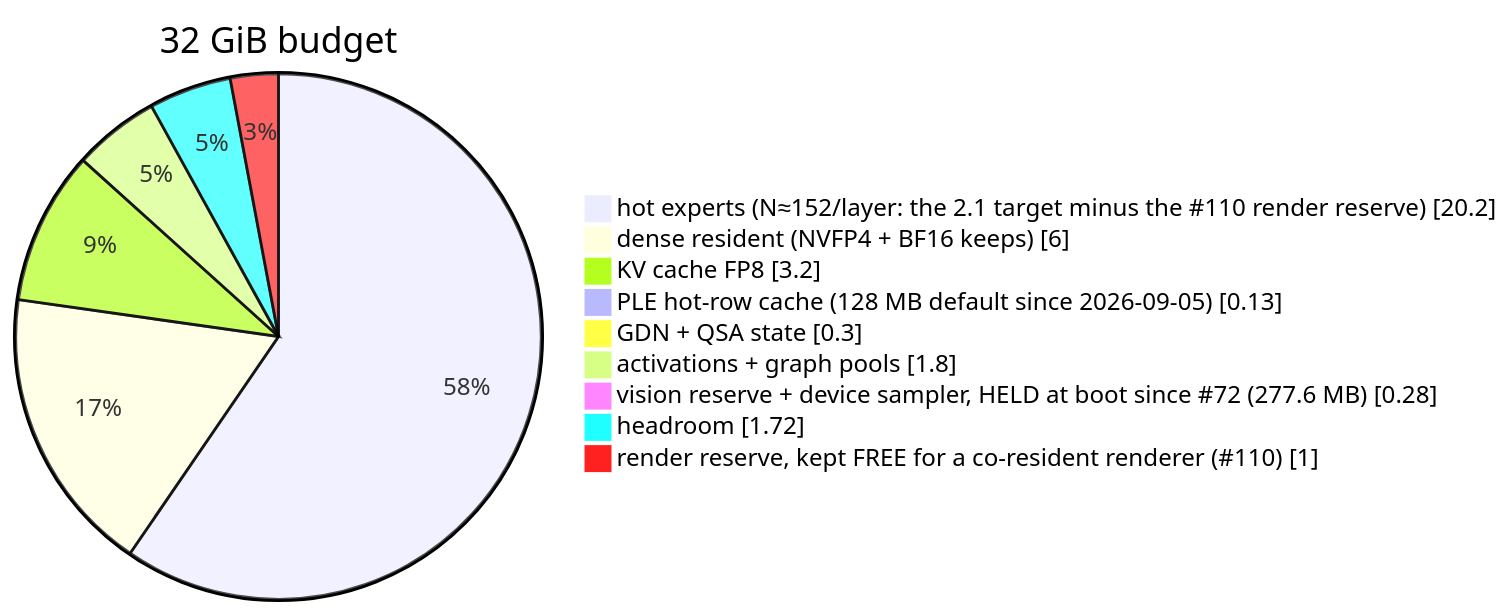
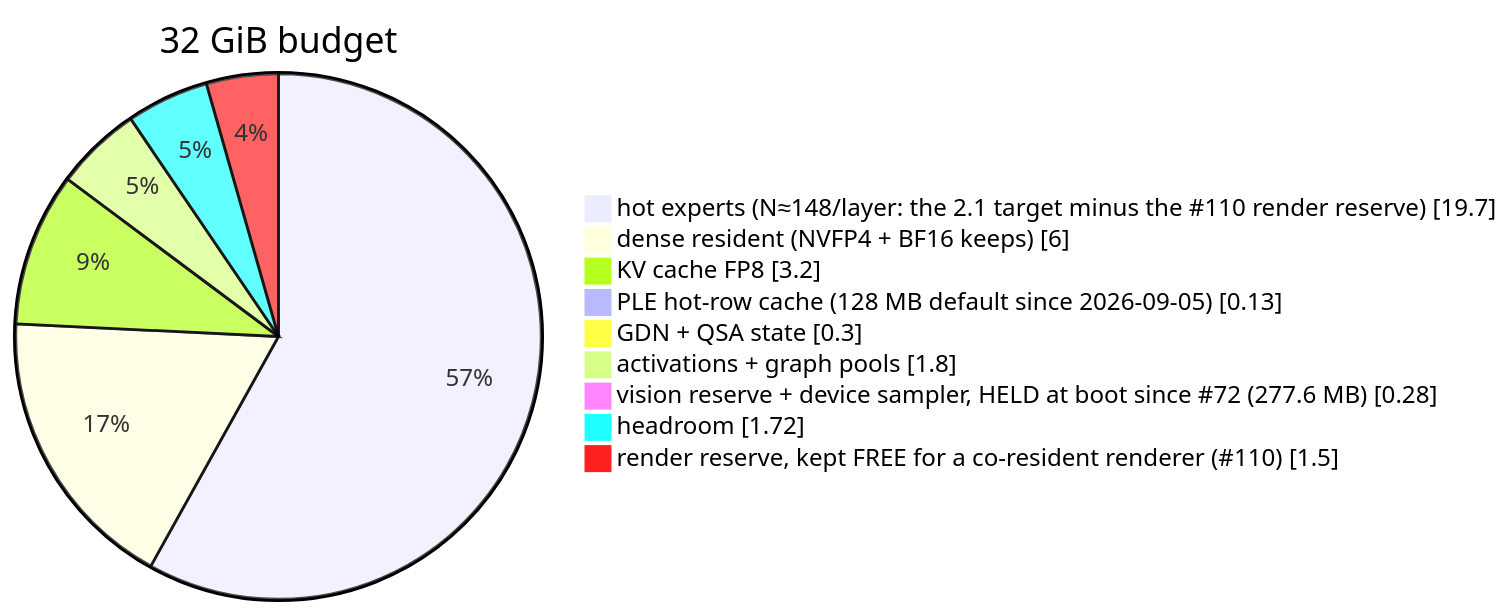
The third of 8 diagrams in docs/diagrams.md (nibor1896/crow-nest), drawn with Mermaid before and after one commit. The commit also changed other lines of this file and 8 other files, not shown here.

First line of the commit message:
#110: raise the render reserve default from 1024 to 1536 MiB

````diff
--- a/docs/diagrams.md
+++ b/docs/diagrams.md
@@ -98,12 +98,12 @@
 ```mermaid
 pie showData title 32 GiB budget
-    "hot experts (N≈152/layer: the 2.1 target minus the #110 render reserve)" : 20.2
+    "hot experts (N≈148/layer: the 2.1 target minus the #110 render reserve)" : 19.7
     "dense resident (NVFP4 + BF16 keeps)" : 6.0
     "KV cache FP8" : 3.2
     "PLE hot-row cache (128 MB default since 2026-09-05)" : 0.13
     "GDN + QSA state" : 0.3
     "activations + graph pools" : 1.8
     "vision reserve + device sampler, HELD at boot since #72 (277.6 MB)" : 0.28
     "headroom" : 1.72
-    "render reserve, kept FREE for a co-resident renderer (#110)" : 1.0
+    "render reserve, kept FREE for a co-resident renderer (#110)" : 1.5
 ```
````
